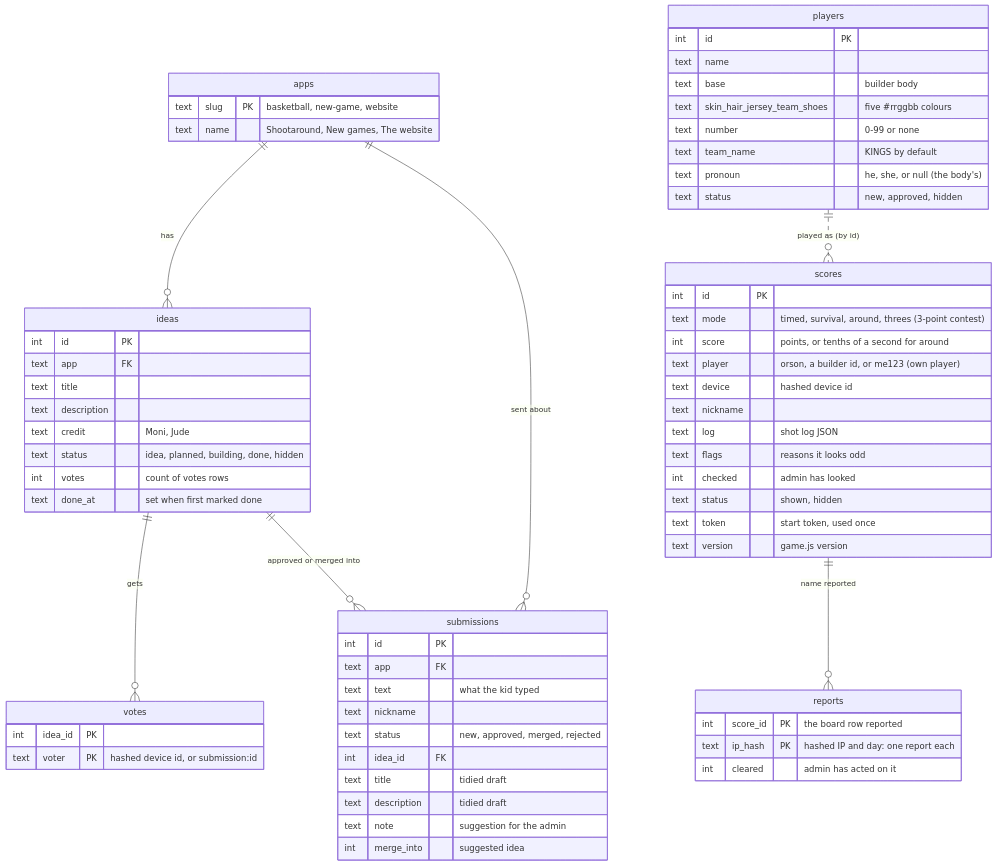
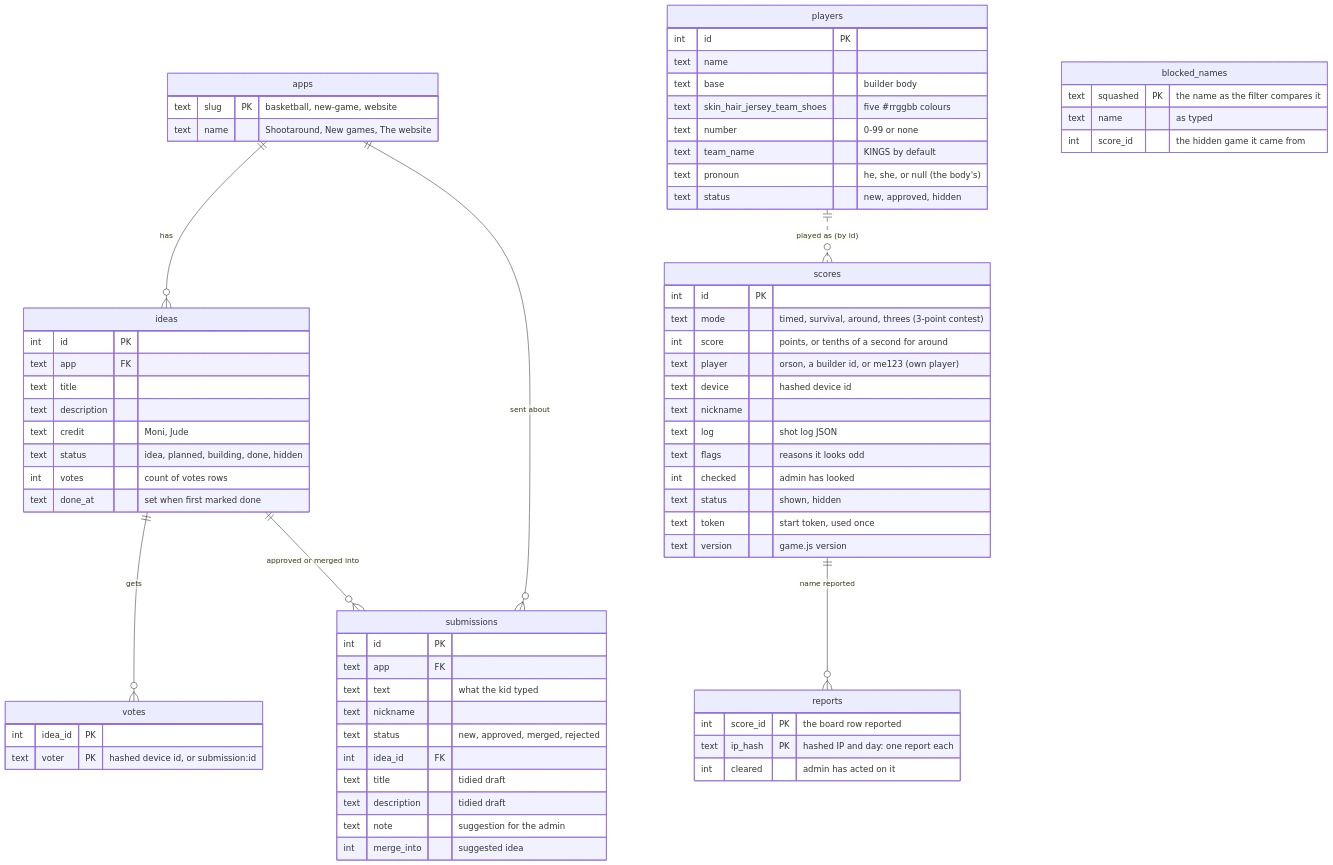
Before and after one commit to orsonbrooker/orsonbrooker.github.io: the third of 7 diagrams in docs/architecture.md, drawn with Mermaid. The commit also changed other lines of this file and 10 other files, not shown here.

First line of the commit message:
A reported name that's hidden is blocked from then on, wherever people type

````diff
--- a/docs/architecture.md
+++ b/docs/architecture.md
@@ -91,69 +91,74 @@
 ```mermaid
 erDiagram
   apps ||--o{ ideas : "has"
   apps ||--o{ submissions : "sent about"
   ideas ||--o{ votes : "gets"
   ideas ||--o{ submissions : "approved or merged into"
   players ||..o{ scores : "played as (by id)"
   scores ||--o{ reports : "name reported"
 
   apps {
     text slug PK "basketball, new-game, website"
     text name "Shootaround, New games, The website"
   }
   submissions {
     int id PK
     text app FK
     text text "what the kid typed"
     text nickname
     text status "new, approved, merged, rejected"
     int idea_id FK
     text title "tidied draft"
     text description "tidied draft"
     text note "suggestion for the admin"
     int merge_into "suggested idea"
   }
   ideas {
     int id PK
     text app FK
     text title
     text description
     text credit "Moni, Jude"
     text status "idea, planned, building, done, hidden"
     int votes "count of votes rows"
     text done_at "set when first marked done"
   }
   votes {
     int idea_id PK
     text voter PK "hashed device id, or submission:id"
   }
   players {
     int id PK
     text name
     text base "builder body"
     text skin_hair_jersey_team_shoes "five #rrggbb colours"
     text number "0-99 or none"
     text team_name "KINGS by default"
     text pronoun "he, she, or null (the body's)"
     text status "new, approved, hidden"
   }
   scores {
     int id PK
     text mode "timed, survival, around, threes (3-point contest)"
     int score "points, or tenths of a second for around"
     text player "orson, a builder id, or me123 (own player)"
     text device "hashed device id"
     text nickname
     text log "shot log JSON"
     text flags "reasons it looks odd"
     int checked "admin has looked"
     text status "shown, hidden"
     text token "start token, used once"
     text version "game.js version"
   }
   reports {
     int score_id PK "the board row reported"
     text ip_hash PK "hashed IP and day: one report each"
     int cleared "admin has acted on it"
   }
+  blocked_names {
+    text squashed PK "the name as the filter compares it"
+    text name "as typed"
+    int score_id "the hidden game it came from"
+  }
 ```
````
